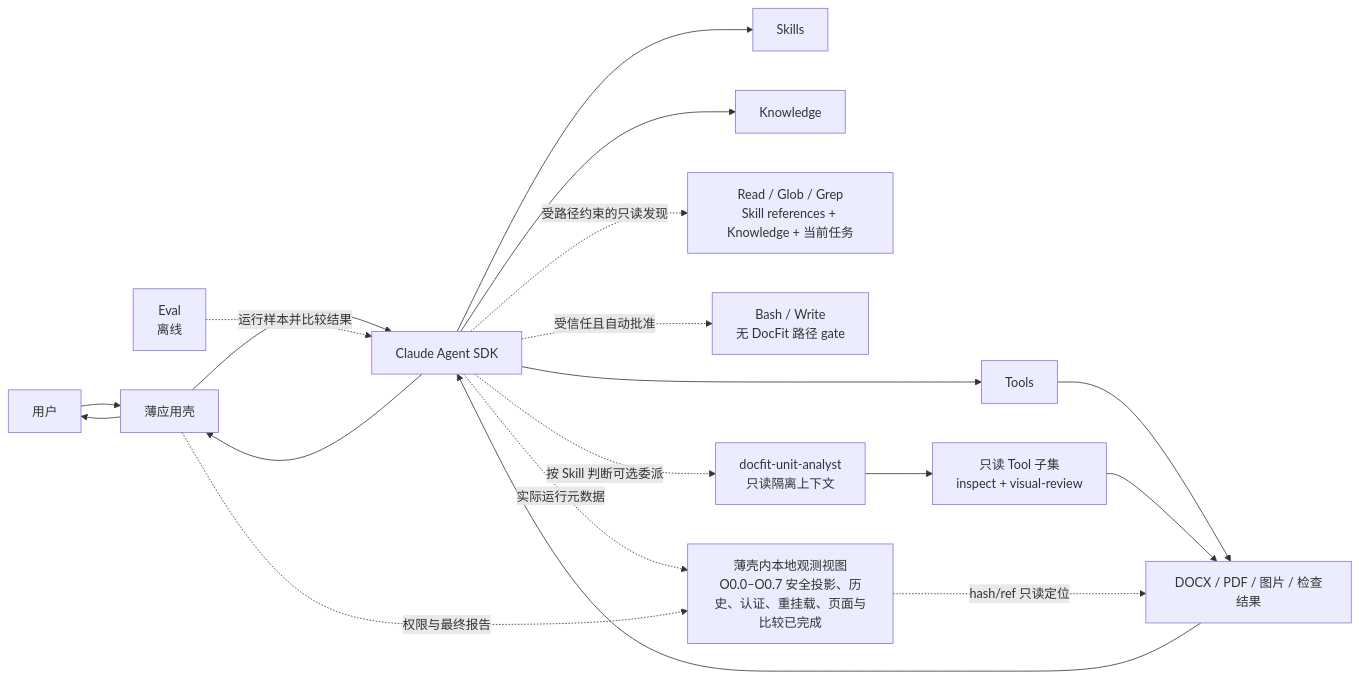
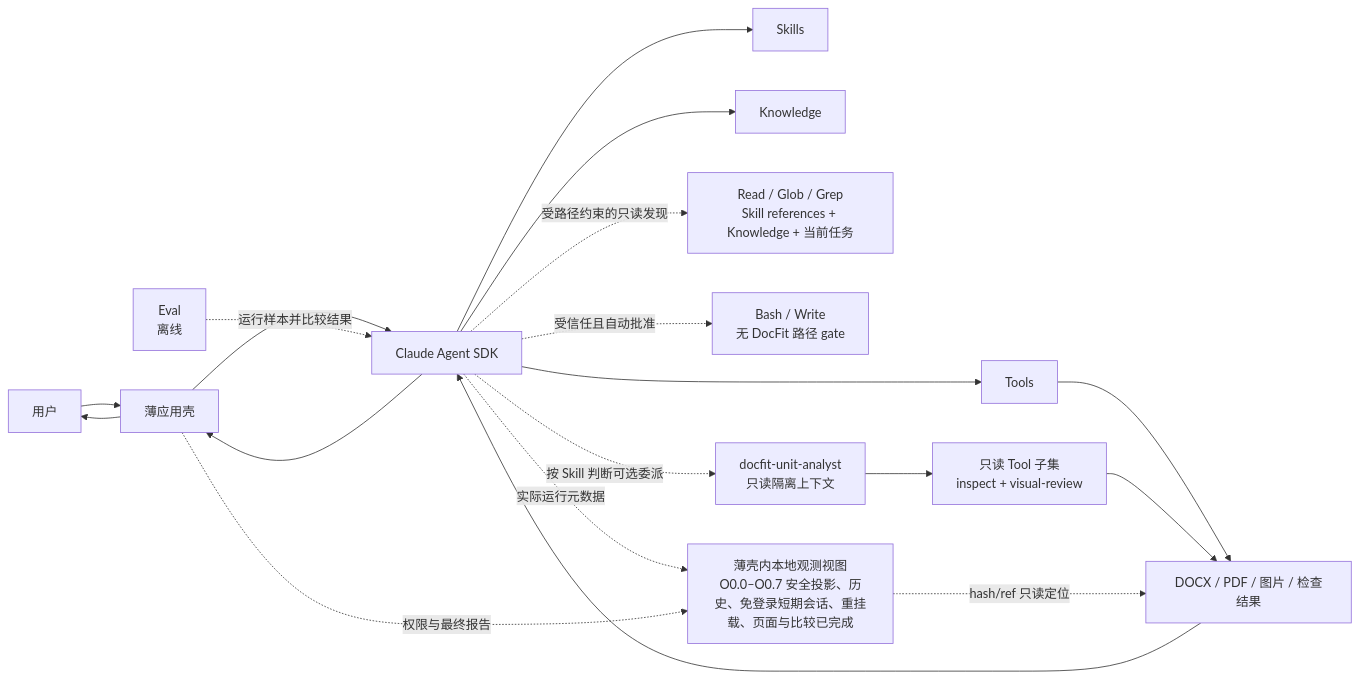
One commit to bamao88/0730 changed the diagram in docs/docfit-01-architecture-core.md. Above: the diagram before and after it, drawn with Mermaid. The commit also changed other lines of this file and 47 other files, not shown here.

````diff
--- a/docs/docfit-01-architecture-core.md
+++ b/docs/docfit-01-architecture-core.md
@@ -85,21 +87,21 @@
 ```mermaid
 flowchart LR
     U["用户"] --> A["薄应用壳"]
     A --> SDK["Claude Agent SDK"]
     SDK --> S["Skills"]
     SDK --> K["Knowledge"]
     SDK --> T["Tools"]
     SDK -."受路径约束的只读发现".-> R["Read / Glob / Grep<br/>Skill references + Knowledge + 当前任务"]
     SDK -."受信任且自动批准".-> W["Bash / Write<br/>无 DocFit 路径 gate"]
     SDK -."按 Skill 判断可选委派".-> SA["docfit-unit-analyst<br/>只读隔离上下文"]
     SA --> RT["只读 Tool 子集<br/>inspect + visual-review"]
     T --> F["DOCX / PDF / 图片 / 检查结果"]
     RT --> F
     F --> SDK
     SDK --> A
     A --> U
-    SDK -."实际运行元数据".-> O["薄壳内本地观测视图<br/>O0.0–O0.7 安全投影、历史、认证、重挂载、页面与比较已完成"]
+    SDK -."实际运行元数据".-> O["薄壳内本地观测视图<br/>O0.0–O0.7 安全投影、历史、免登录短期会话、重挂载、页面与比较已完成"]
     A -."权限与最终报告".-> O
     O -."hash/ref 只读定位".-> F
     E["Eval<br/>离线"] -.运行样本并比较结果.-> SDK
 ```
````
